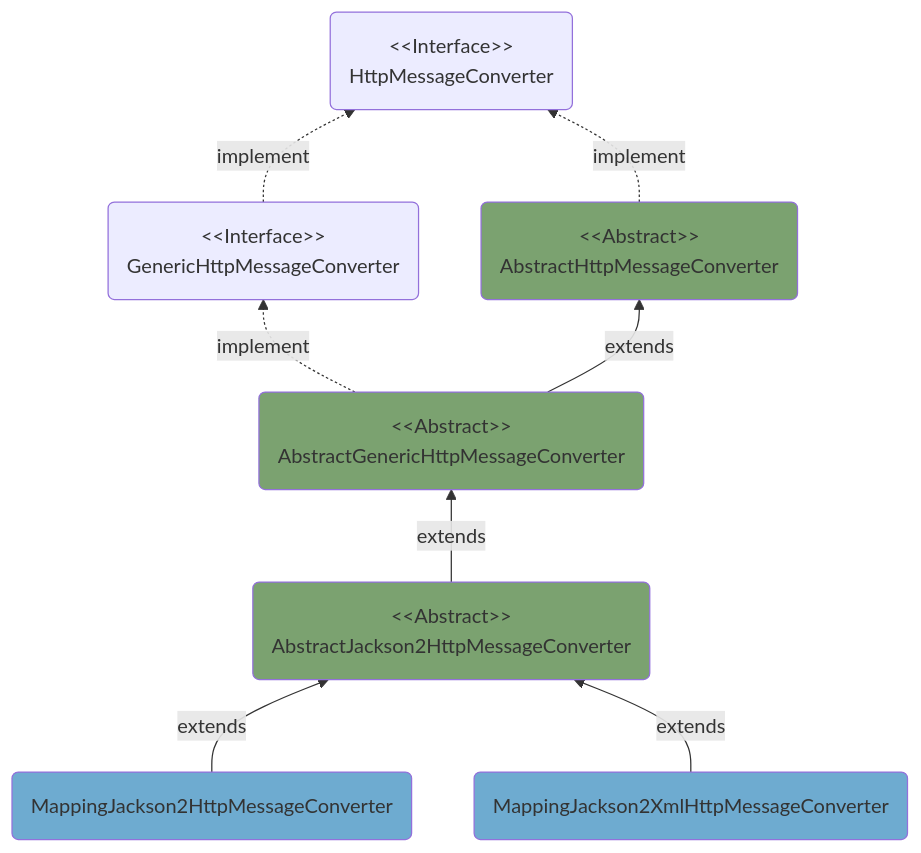
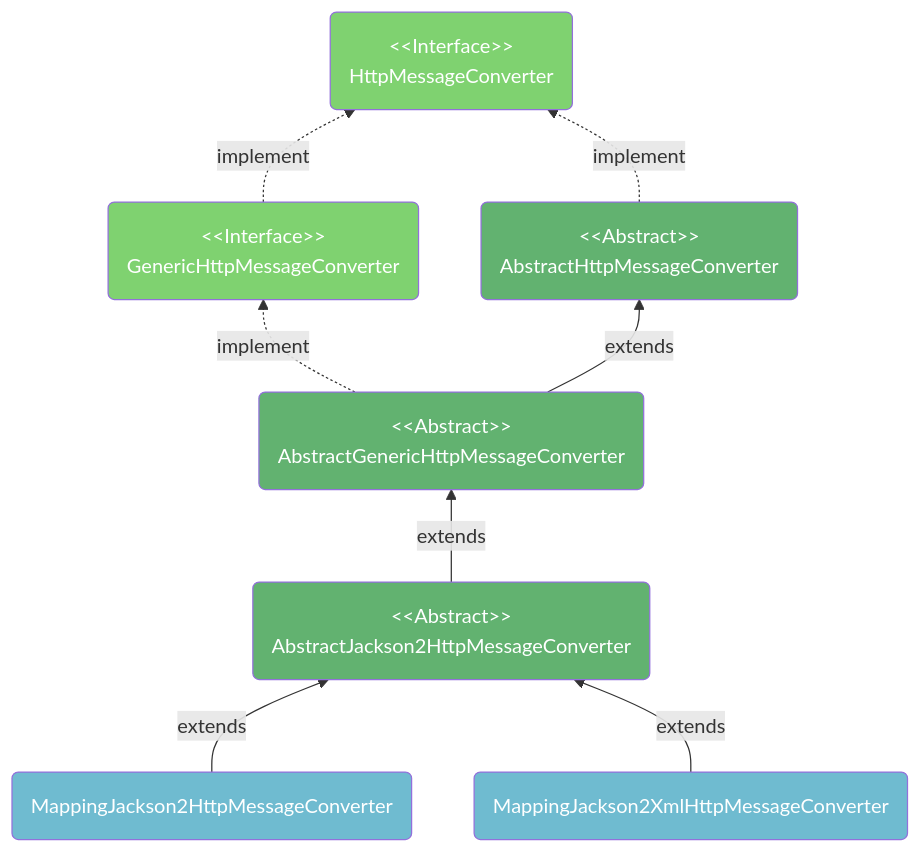
Diagram 24 of 42 in DevTech/Spring.md (domeniczz/learnJavaDev), drawn with Mermaid before and after one commit. The commit also changed other lines of this file and 6 other files, not shown here.

````diff
--- a/DevTech/Spring.md
+++ b/DevTech/Spring.md
@@ -6943,12 +7049,13 @@
 ```mermaid
 flowchart BT
-  A("&lt;&lt;Interface&gt;&gt;<br/>GenericHttpMessageConverter") -."implement".-> I("&lt;&lt;Interface&gt;&gt;<br/>HttpMessageConverter")
+  A("&lt;&lt;Interface&gt;&gt;<br/>GenericHttpMessageConverter"):::iclass -."implement".-> I("&lt;&lt;Interface&gt;&gt;<br/>HttpMessageConverter"):::iclass
   B("&lt;&lt;Abstract&gt;&gt;<br/>AbstractHttpMessageConverter"):::aclass -."implement".-> I
   C("&lt;&lt;Abstract&gt;&gt;<br/>AbstractGenericHttpMessageConverter"):::aclass --"extends"--> B
   C -."implement".-> A
   D("&lt;&lt;Abstract&gt;&gt;<br/>AbstractJackson2HttpMessageConverter"):::aclass --"extends"--> C
   E("MappingJackson2HttpMessageConverter"):::sclass --"extends"--> D
   F("MappingJackson2XmlHttpMessageConverter"):::sclass --"extends"--> D
-  classDef sclass fill:#6eabd0;
-  classDef aclass fill:#7BA270;
+  classDef sclass fill:#6FBBD0,color:white;
+  classDef iclass fill:#7FD270,color:white;
+  classDef aclass fill:#62B270,color:white;
 ```
````
